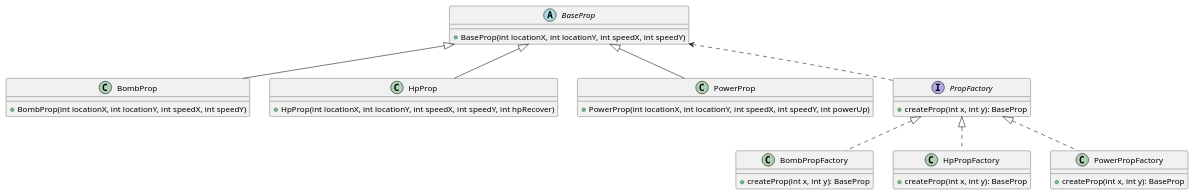
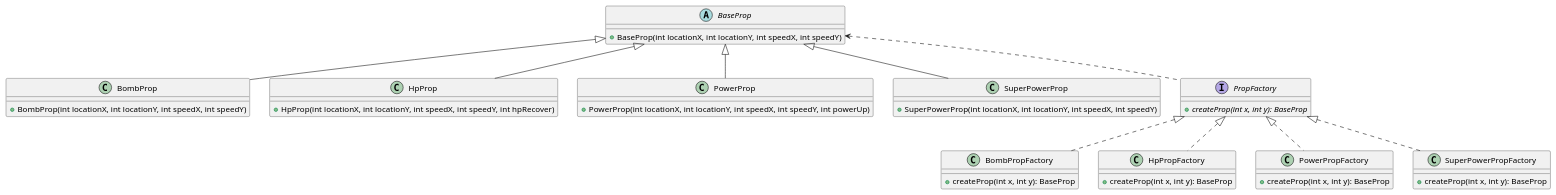
The diagram in uml/PropFactory.puml (Jin-zd/AircraftWar), drawn with PlantUML before and after one commit. The commit also changed 15 other files, not shown here.

```diff
--- a/uml/PropFactory.puml
+++ b/uml/PropFactory.puml
@@ -1,46 +1,56 @@
 @startuml
 'https://plantuml.com/sequence-diagram
 
 Abstract class BaseProp {
     + BaseProp(int locationX, int locationY, int speedX, int speedY)
 }
 
 class BombProp {
     + BombProp(int locationX, int locationY, int speedX, int speedY)
 }
 
 class HpProp {
     + HpProp(int locationX, int locationY, int speedX, int speedY, int hpRecover)
 }
 
 class PowerProp {
     + PowerProp(int locationX, int locationY, int speedX, int speedY, int powerUp)
 }
 
+class SuperPowerProp {
+    + SuperPowerProp(int locationX, int locationY, int speedX, int speedY)
+}
+
 BaseProp <|-- BombProp
 BaseProp <|-- HpProp
 BaseProp <|-- PowerProp
+BaseProp <|-- SuperPowerProp
 
 interface PropFactory {
-    + createProp(int x, int y): BaseProp
+    + {abstract}createProp(int x, int y): BaseProp
 }
 
 class BombPropFactory {
     + createProp(int x, int y): BaseProp
 }
 
 class HpPropFactory {
     + createProp(int x, int y): BaseProp
 }
 
 class PowerPropFactory {
     + createProp(int x, int y): BaseProp
 }
 
+class SuperPowerPropFactory {
+    + createProp(int x, int y): BaseProp
+}
+
 PropFactory <|.. BombPropFactory
 PropFactory <|.. HpPropFactory
 PropFactory <|.. PowerPropFactory
+PropFactory <|.. SuperPowerPropFactory
 
 BaseProp <.. PropFactory
 
 @enduml
```
